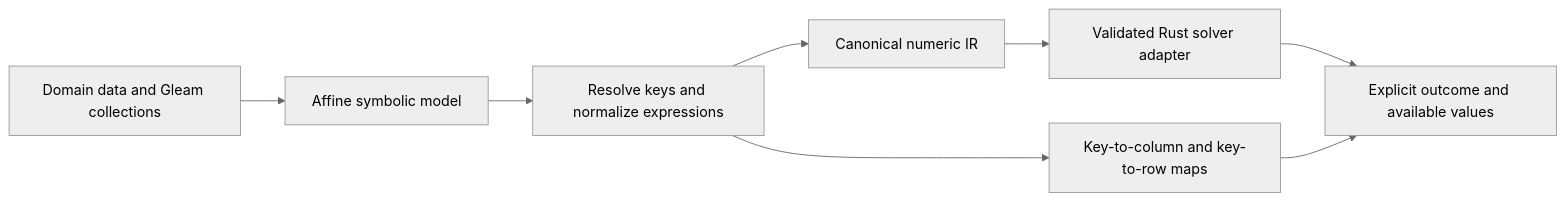
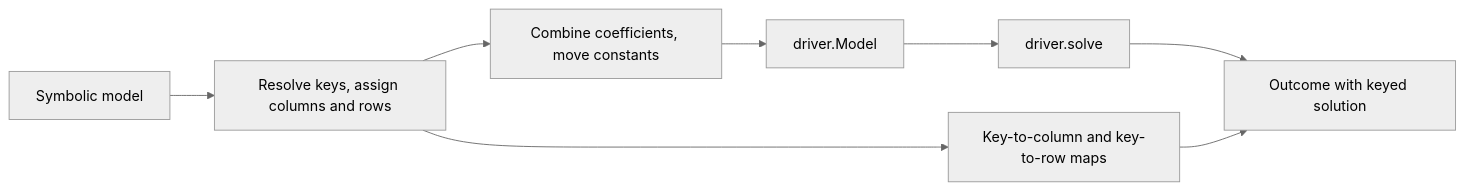
Before and after one commit to heinosoo/vahvel: the second of 2 diagrams in ARCHITECTURE.md, drawn with Mermaid (neutral theme). The commit also changed other lines of this file and 5 other files, not shown here.

````diff
--- a/ARCHITECTURE.md
+++ b/ARCHITECTURE.md
@@ -108,10 +40,10 @@
 ```mermaid
 flowchart LR
-  A[Domain data and Gleam collections] --> B[Affine symbolic model]
-  B --> C[Resolve keys and normalize expressions]
-  C --> D[Canonical numeric IR]
-  C --> E[Key-to-column and key-to-row maps]
-  D --> F[Validated Rust solver adapter]
-  F --> G[Explicit outcome and available values]
+  A[Symbolic model] --> B[Resolve keys, assign columns and rows]
+  B --> C[Combine coefficients, move constants]
+  C --> D[driver.Model]
+  B --> E[Key-to-column and key-to-row maps]
+  D --> F[driver.solve]
+  F --> G[Outcome with keyed solution]
   E --> G
 ```
````
